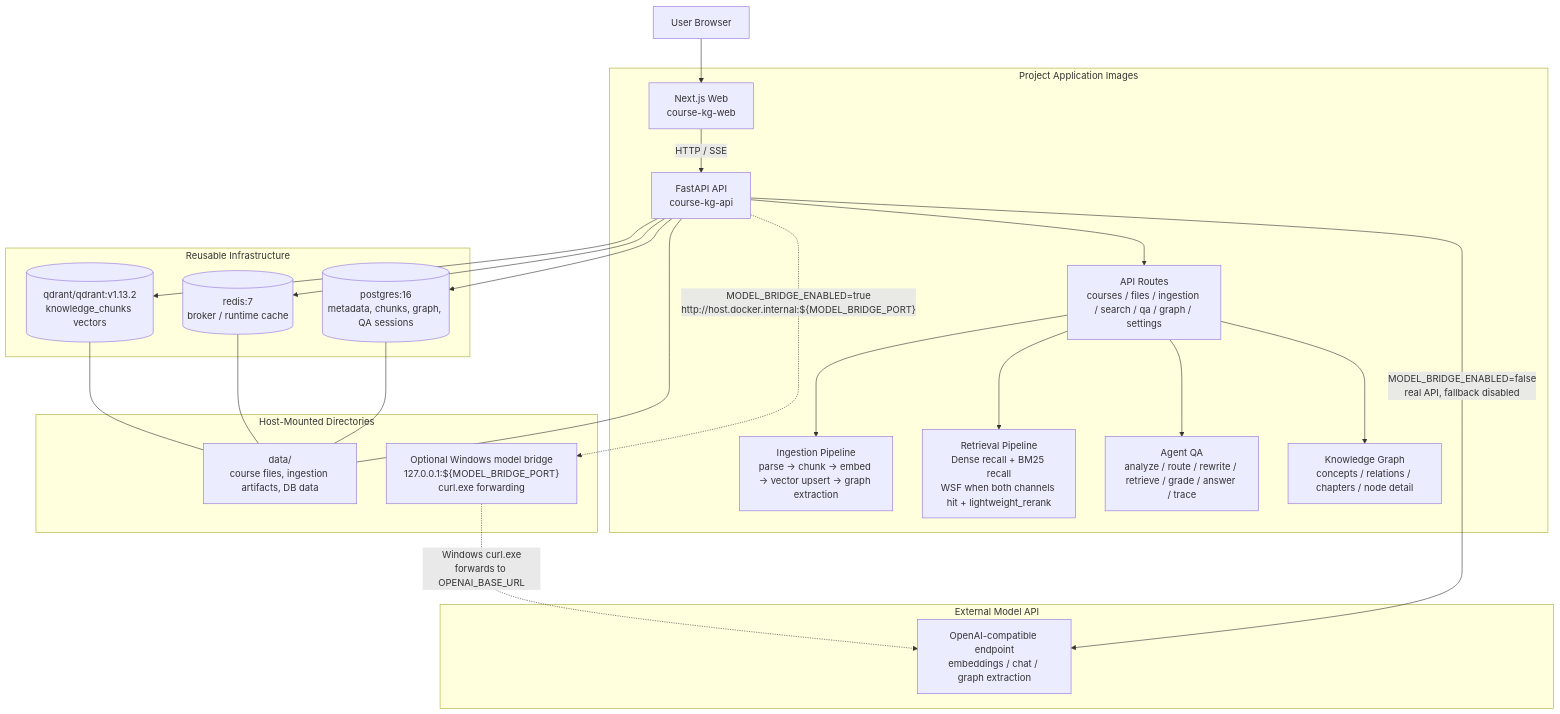
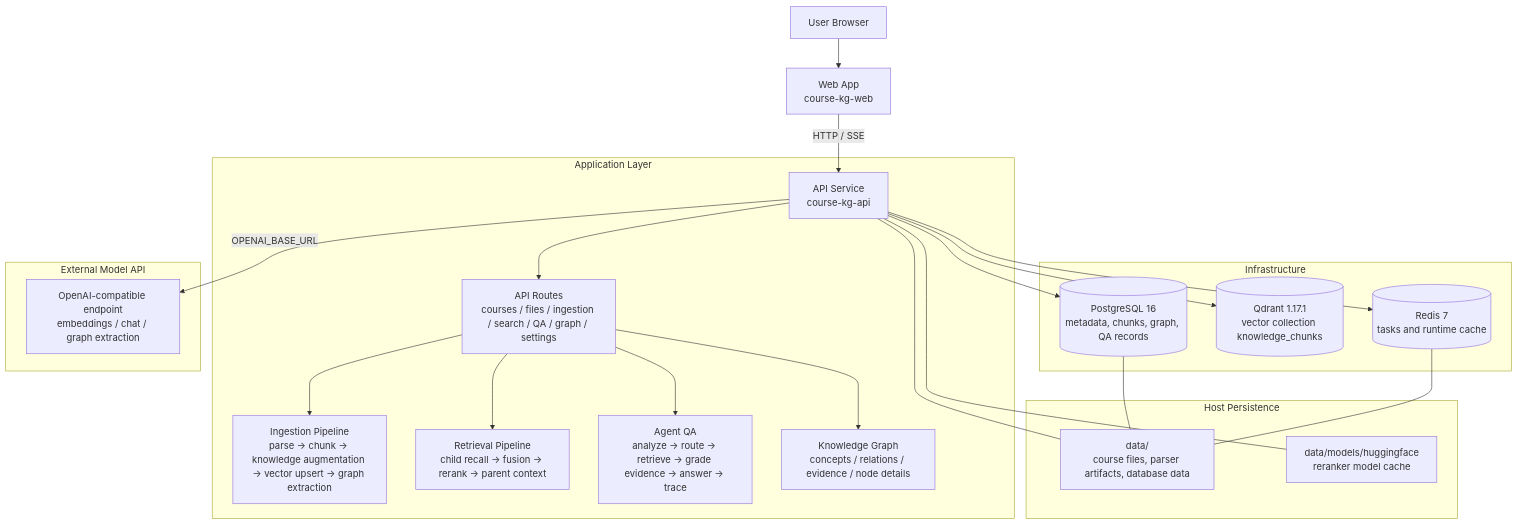
One commit to Sggggt/DialoGraph changed the first of 5 diagrams in README.en.md. Above: the diagram before and after it, drawn with Mermaid. The commit also changed other lines of this file and 44 other files, not shown here.

````diff
--- a/README.en.md
+++ b/README.en.md
@@ -11,42 +42,37 @@
 ```mermaid
 flowchart TB
-    U["User Browser"] --> WEB["Next.js Web<br/>course-kg-web"]
-    WEB -->|"HTTP / SSE"| API["FastAPI API<br/>course-kg-api"]
+    USER["User Browser"] --> WEB["Web App<br/>course-kg-web"]
+    WEB -->|"HTTP / SSE"| API["API Service<br/>course-kg-api"]
 
-    subgraph APP["Project Application Images"]
-        WEB
-        API --> ROUTES["API Routes<br/>courses / files / ingestion / search / qa / graph / settings"]
-        ROUTES --> INGEST["Ingestion Pipeline<br/>parse -> chunk -> embed -> vector upsert -> graph extraction"]
-        ROUTES --> RETRIEVAL["Retrieval Pipeline<br/>Dense recall + BM25 recall<br/>WSF when both channels hit + lightweight_rerank"]
-        ROUTES --> AGENT["Agent QA<br/>analyze / route / rewrite / retrieve / grade / answer / trace"]
-        ROUTES --> GRAPH["Knowledge Graph<br/>concepts / relations / chapters / node detail"]
+    subgraph APP["Application Layer"]
+        API --> ROUTES["API Routes<br/>courses / files / ingestion / search / QA / graph / settings"]
+        ROUTES --> INGEST["Ingestion Pipeline<br/>parse -> chunk -> knowledge augmentation -> vector upsert -> graph extraction"]
+        ROUTES --> SEARCH["Retrieval Pipeline<br/>child recall -> fusion -> rerank -> parent context"]
+        ROUTES --> AGENT["Agent QA<br/>analyze -> route -> retrieve -> grade evidence -> answer -> trace"]
+        ROUTES --> GRAPH["Knowledge Graph<br/>concepts / relations / evidence / node details"]
     end
 
-    subgraph INFRA["Reusable Infrastructure"]
-        POSTGRES[("postgres:16<br/>metadata, chunks, graph, QA sessions")]
-        REDIS[("redis:7<br/>broker / runtime cache")]
-        QDRANT[("qdrant/qdrant:v1.13.2<br/>knowledge_chunks vectors")]
-
+    subgraph INFRA["Infrastructure"]
+        POSTGRES[("PostgreSQL 16<br/>metadata, chunks, graph, QA records")]
+        QDRANT[("Qdrant 1.17.1<br/>vector collection knowledge_chunks")]
+        REDIS[("Redis 7<br/>tasks and runtime cache")]
     end
 
-    subgraph HOST["Host-Mounted Directories"]
-        DATA["data/<br/>course files, ingestion artifacts, DB data"]
-        BRIDGE["Optional Windows model bridge<br/>127.0.0.1:${MODEL_BRIDGE_PORT}<br/>curl.exe forwarding"]
+    subgraph STORAGE["Host Persistence"]
+        DATA["data/<br/>course files, parser artifacts, database data"]
+        MODEL_CACHE["data/models/huggingface<br/>reranker model cache"]
     end
 
     subgraph MODEL["External Model API"]
         LLM["OpenAI-compatible endpoint<br/>embeddings / chat / graph extraction"]
     end
 
     API --> POSTGRES
+    API --> QDRANT
     API --> REDIS
-    API --> QDRANT
-    API -->|"MODEL_BRIDGE_ENABLED=false<br/>real API, fallback disabled"| LLM
-    API -. "MODEL_BRIDGE_ENABLED=true<br/>http://host.docker.internal:${MODEL_BRIDGE_PORT}" .-> BRIDGE
-    BRIDGE -. "Windows curl.exe<br/>forwards to OPENAI_BASE_URL" .-> LLM
-
+    API -->|"OPENAI_BASE_URL"| LLM
+    API --- DATA
+    API --- MODEL_CACHE
     POSTGRES --- DATA
     REDIS --- DATA
-    QDRANT --- DATA
-    API --- DATA
 ```
````
